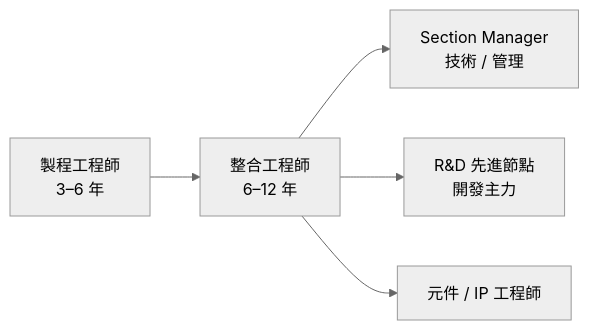
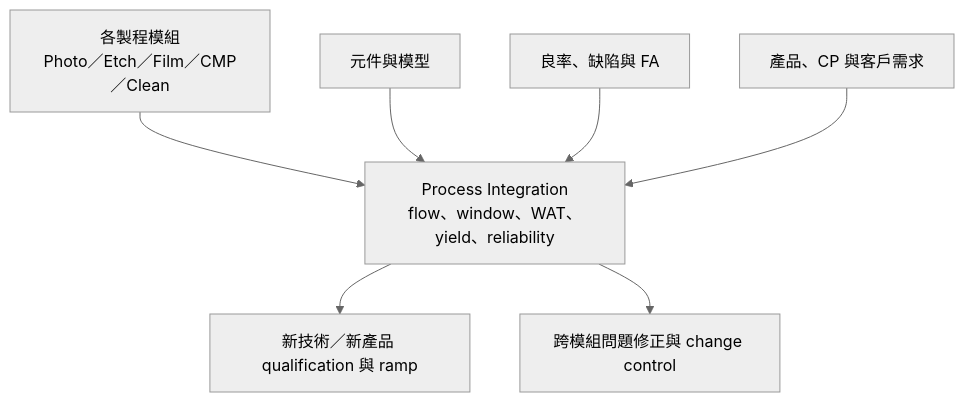
Before and after one commit to wizardhsiehcom/book: the diagram in docs/semi-jobs/09-integration.md, drawn with Mermaid (neutral theme). The commit also changed other lines of this file and 31 other files, not shown here.

````diff
--- a/docs/semi-jobs/09-integration.md
+++ b/docs/semi-jobs/09-integration.md
@@ -43,7 +9,9 @@
 ```mermaid
-flowchart LR
-    PE["製程工程師<br/>3–6 年"] --> INT["整合工程師<br/>6–12 年"]
-    INT --> SM["Section Manager<br/>技術 / 管理"]
-    INT --> RD["R&D 先進節點<br/>開發主力"]
-    INT --> IP["元件 / IP 工程師"]
+flowchart TB
+    MOD["各製程模組<br/>Photo／Etch／Film／CMP／Clean"] --> PIE["Process Integration<br/>flow、window、WAT、yield、reliability"]
+    DEV["元件與模型"] --> PIE
+    YLD["良率、缺陷與 FA"] --> PIE
+    PROD["產品、CP 與客戶需求"] --> PIE
+    PIE --> NPI["新技術／新產品 qualification 與 ramp"]
+    PIE --> FIX["跨模組問題修正與 change control"]
 ```
````
